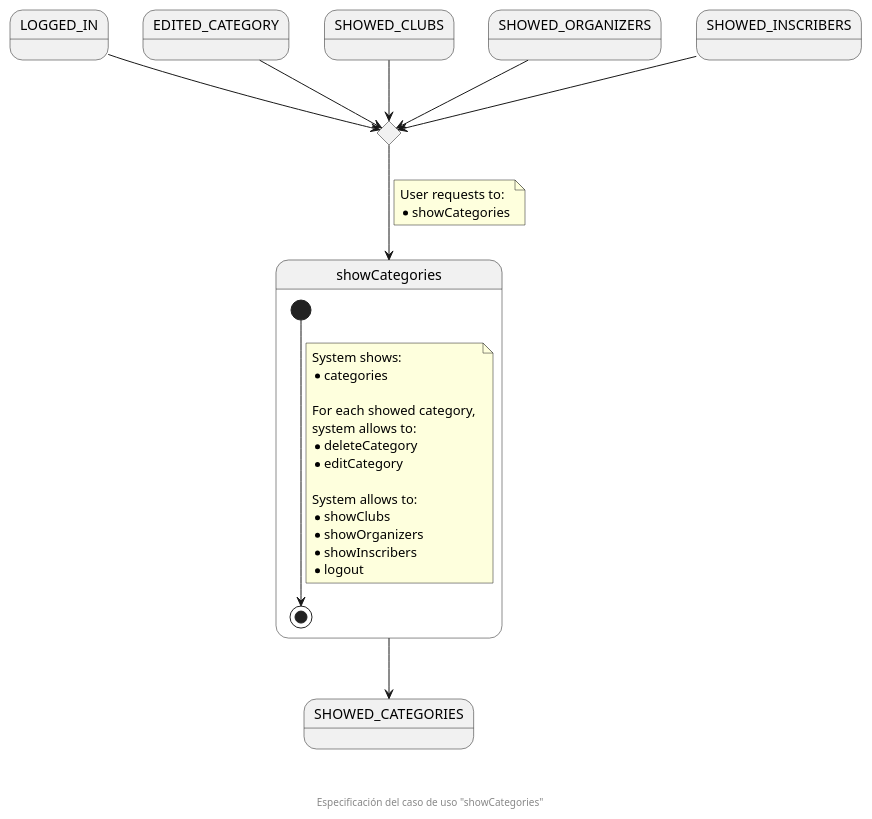
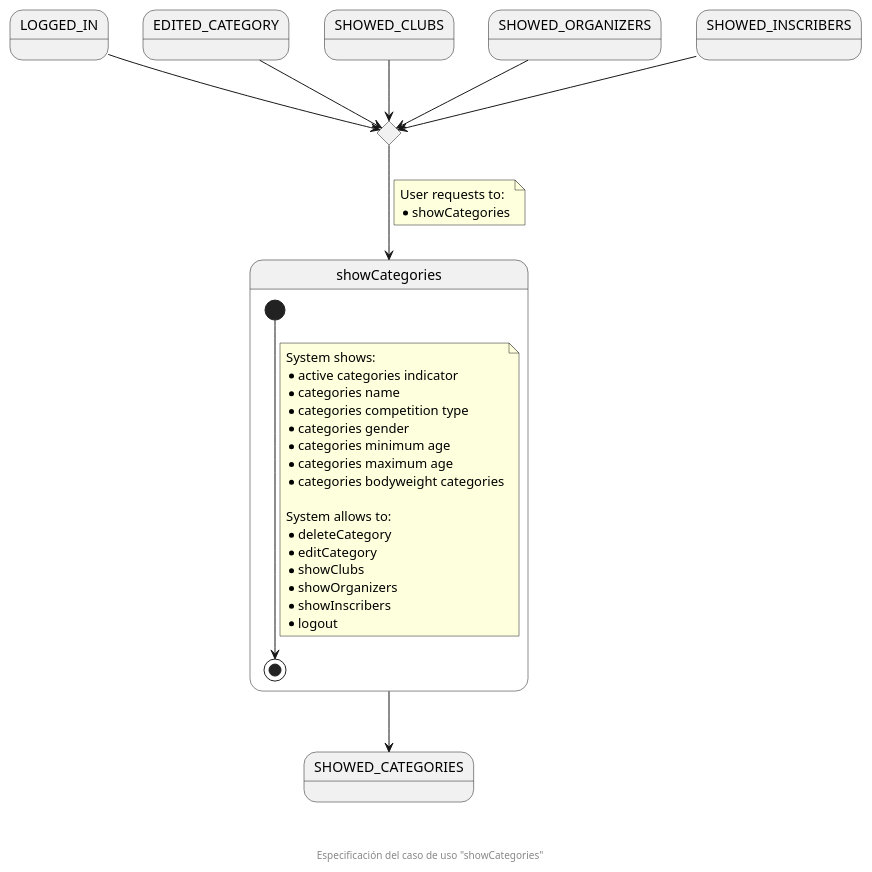
Before and after one commit to zuldare/mastercloud_pfm_halterocms: the diagram in documentation/diagrams/1_requirements/3_useCasesSpecification/organizationSecretary/01_showCategories.puml, drawn with PlantUML.

Commit message:
Add more detail to categories showed data

```diff
--- a/documentation/diagrams/1_requirements/3_useCasesSpecification/organizationSecretary/01_showCategories.puml
+++ b/documentation/diagrams/1_requirements/3_useCasesSpecification/organizationSecretary/01_showCategories.puml
@@ -1,44 +1,47 @@
 @startuml
 state LOGGED_IN
 state EDITED_CATEGORY
 state SHOWED_CLUBS
 state SHOWED_ORGANIZERS
 state SHOWED_INSCRIBERS
 
 state enterShowCategoriesCHC <<choice>>
 
 state showCategories {
   [*] --> [*]
   note on link
     System shows:
-    * categories
+    * active categories indicator
+    * categories name
+    * categories competition type
+    * categories gender
+    * categories minimum age
+    * categories maximum age
+    * categories bodyweight categories
 
-    For each showed category, 
-    system allows to:
+    System allows to:
     * deleteCategory
     * editCategory
-
-    System allows to:
     * showClubs
     * showOrganizers
     * showInscribers
     * logout
   end note
 }
 state SHOWED_CATEGORIES
 
 LOGGED_IN --> enterShowCategoriesCHC
 EDITED_CATEGORY --> enterShowCategoriesCHC
 SHOWED_CLUBS --> enterShowCategoriesCHC
 SHOWED_ORGANIZERS --> enterShowCategoriesCHC
 SHOWED_INSCRIBERS --> enterShowCategoriesCHC
 
 enterShowCategoriesCHC --> showCategories
 note on link
   User requests to:
   * showCategories
 end note
 showCategories --> SHOWED_CATEGORIES
 
 footer \n\n\n Especificación del caso de uso "showCategories"
 @enduml
```
